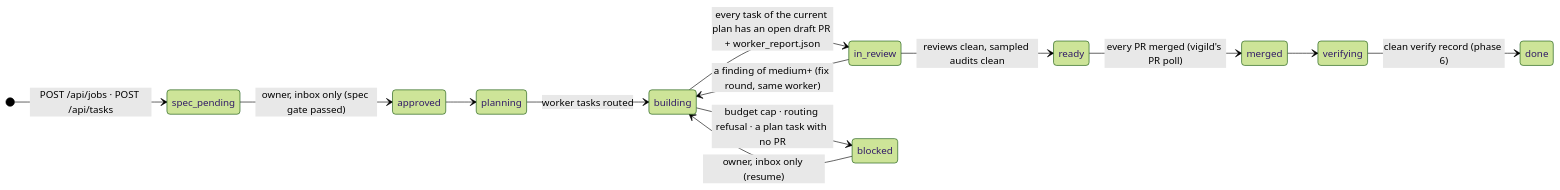
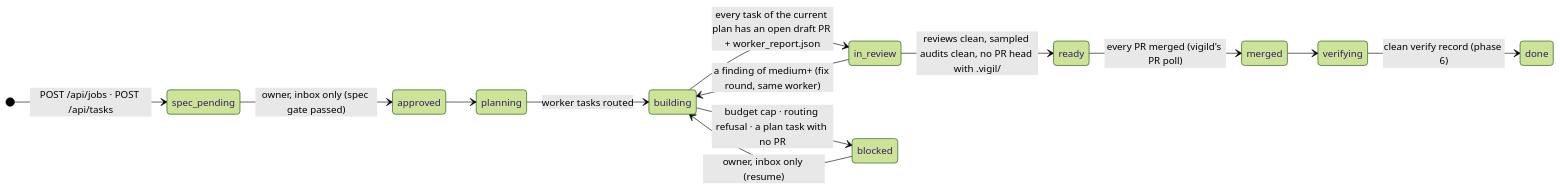
One commit to alienvisitor8675-bit/vigil changed the second of 3 diagrams in docs/architecture.md. Above: the diagram before and after it, drawn with Mermaid (forest theme). The commit also changed other lines of this file and 10 other files, not shown here.

````diff
--- a/docs/architecture.md
+++ b/docs/architecture.md
@@ -212,16 +212,16 @@
 ```mermaid
 stateDiagram-v2
   direction LR
   [*] --> spec_pending: POST /api/jobs · POST /api/tasks
   spec_pending --> approved: owner, inbox only (spec gate passed)
   approved --> planning
   planning --> building: worker tasks routed
   building --> in_review: every task of the current plan has an open draft PR + worker_report.json
   in_review --> building: a finding of medium+ (fix round, same worker)
-  in_review --> ready: reviews clean, sampled audits clean
+  in_review --> ready: reviews clean, sampled audits clean, no PR head with .vigil/
   ready --> merged: every PR merged (vigild's PR poll)
   merged --> verifying
   verifying --> done: clean verify record (phase 6)
   building --> blocked: budget cap · routing refusal · a plan task with no PR
   blocked --> building: owner, inbox only (resume)
 ```
````
